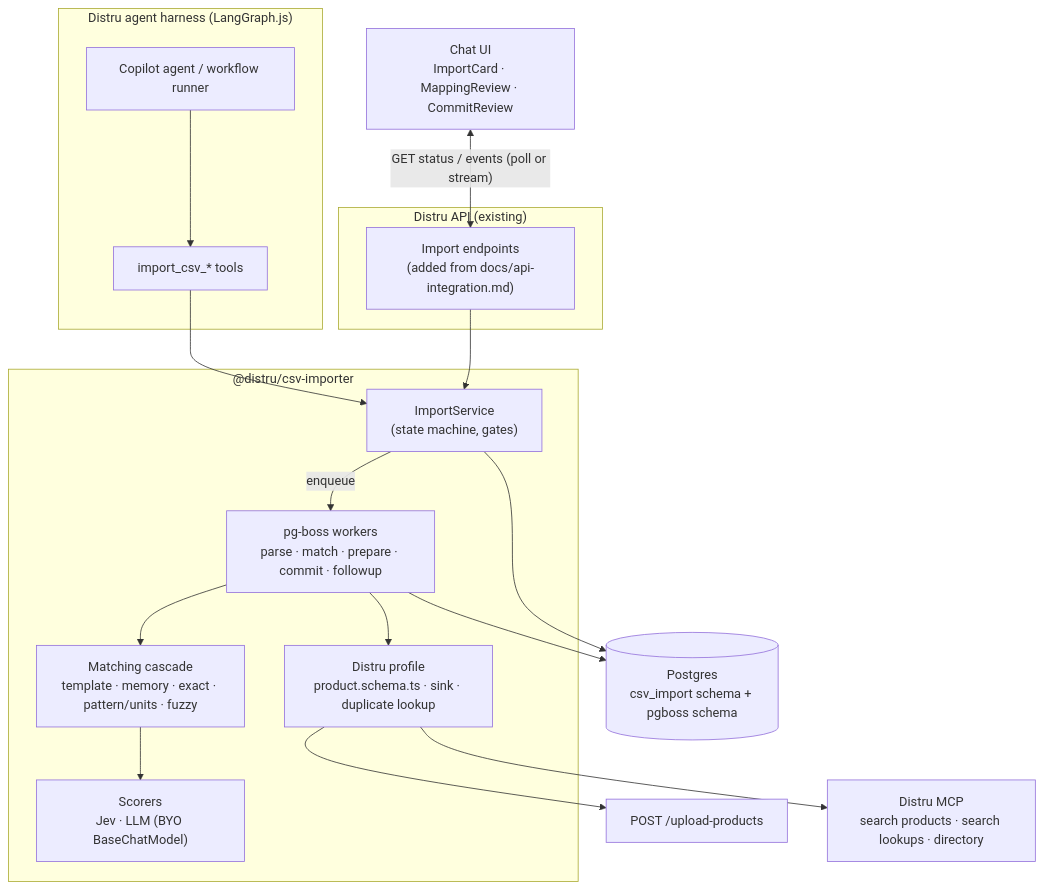
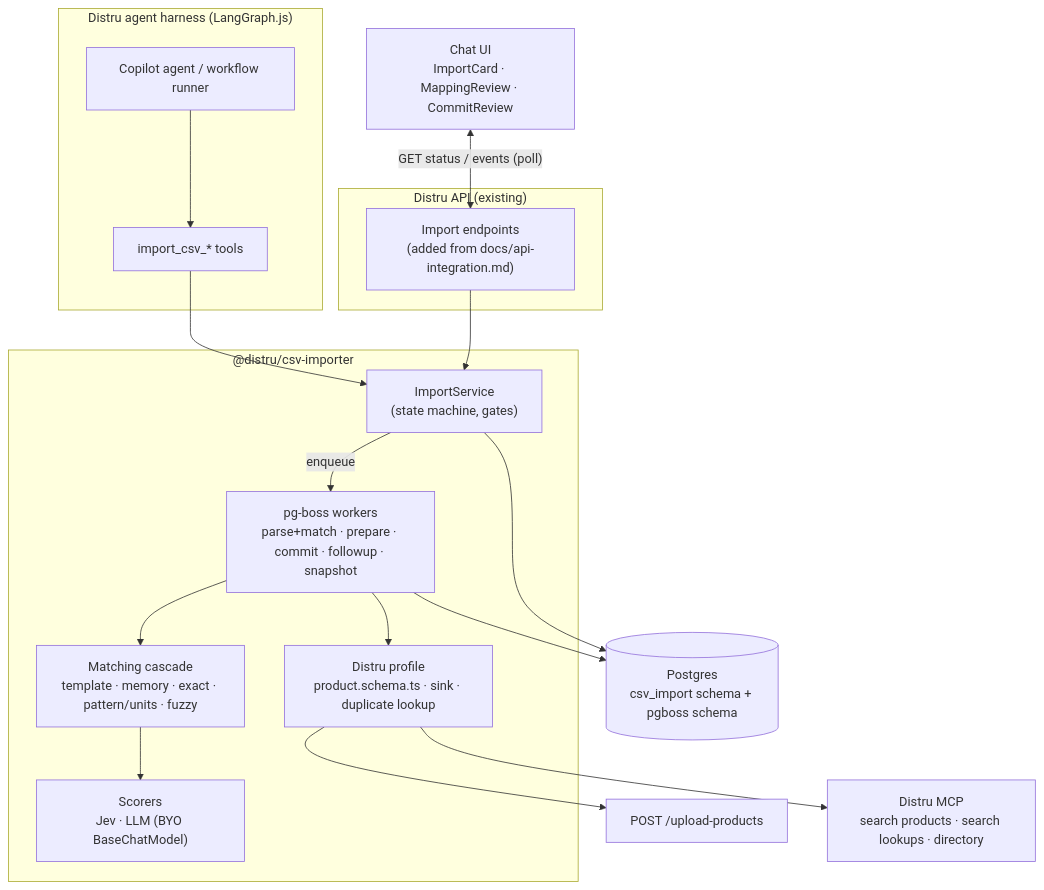
Before and after one commit to snavaneeth78/agent-csv-importer: the first of 3 diagrams in docs/tech-spec.md, drawn with Mermaid. The commit also changed other lines of this file and 33 other files, not shown here.

````diff
--- a/docs/tech-spec.md
+++ b/docs/tech-spec.md
@@ -27,37 +25,37 @@
 ```mermaid
 flowchart TB
   subgraph Harness["Distru agent harness (LangGraph.js)"]
     Agent["Copilot agent / workflow runner"]
     Tools["import_csv_* tools"]
     Agent --> Tools
   end
 
   subgraph API["Distru API (existing)"]
     Endpoints["Import endpoints<br/>(added from docs/api-integration.md)"]
   end
 
   UI["Chat UI<br/>ImportCard · MappingReview · CommitReview"]
 
   subgraph Lib["@distru/csv-importer"]
     Service["ImportService<br/>(state machine, gates)"]
-    Workers["pg-boss workers<br/>parse · match · prepare · commit · followup"]
+    Workers["pg-boss workers<br/>parse+match · prepare · commit · followup · snapshot"]
     Match["Matching cascade<br/>template · memory · exact · pattern/units · fuzzy"]
     Scorers["Scorers<br/>Jev · LLM (BYO BaseChatModel)"]
     Profile["Distru profile<br/>product.schema.ts · sink · duplicate lookup"]
     Service -- enqueue --> Workers
     Workers --> Match --> Scorers
     Workers --> Profile
   end
 
   PG[("Postgres<br/>csv_import schema + pgboss schema")]
   Upload["POST /upload-products"]
   MCP["Distru MCP<br/>search products · search lookups · directory"]
 
   Tools --> Service
-  UI <-- "GET status / events (poll or stream)" --> Endpoints
+  UI <-- "GET status / events (poll)" --> Endpoints
   Endpoints --> Service
   Service --> PG
   Workers --> PG
   Profile --> Upload
   Profile --> MCP
 ```
````
